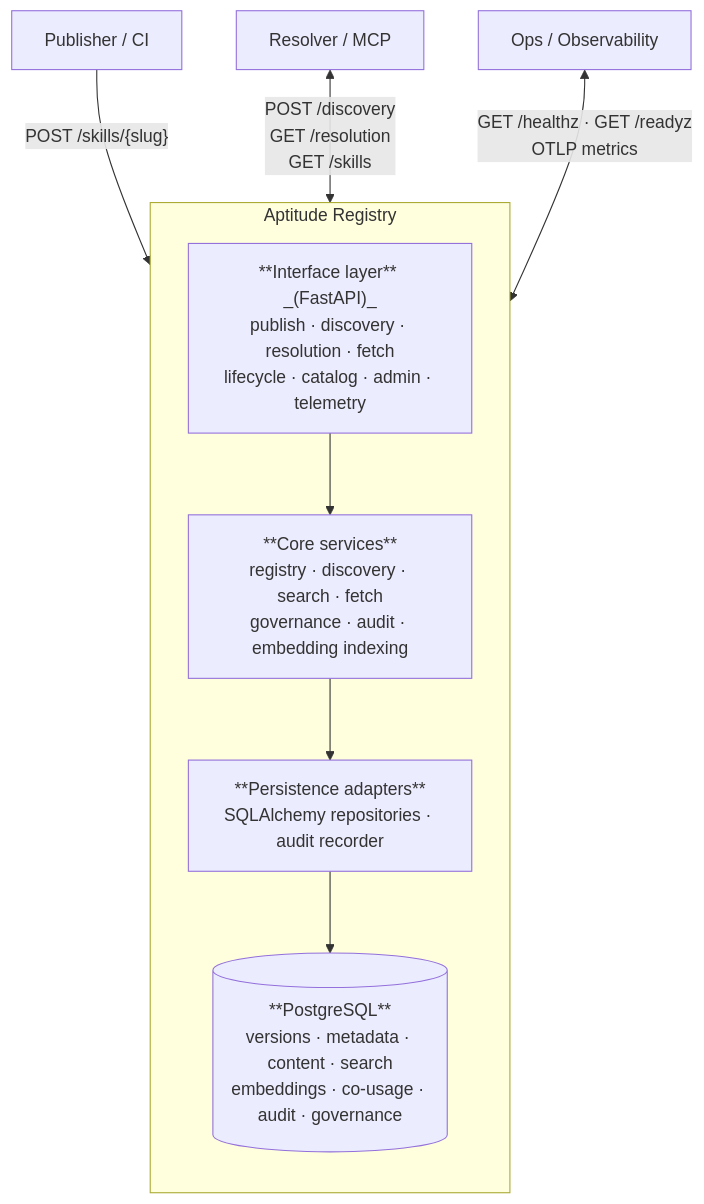
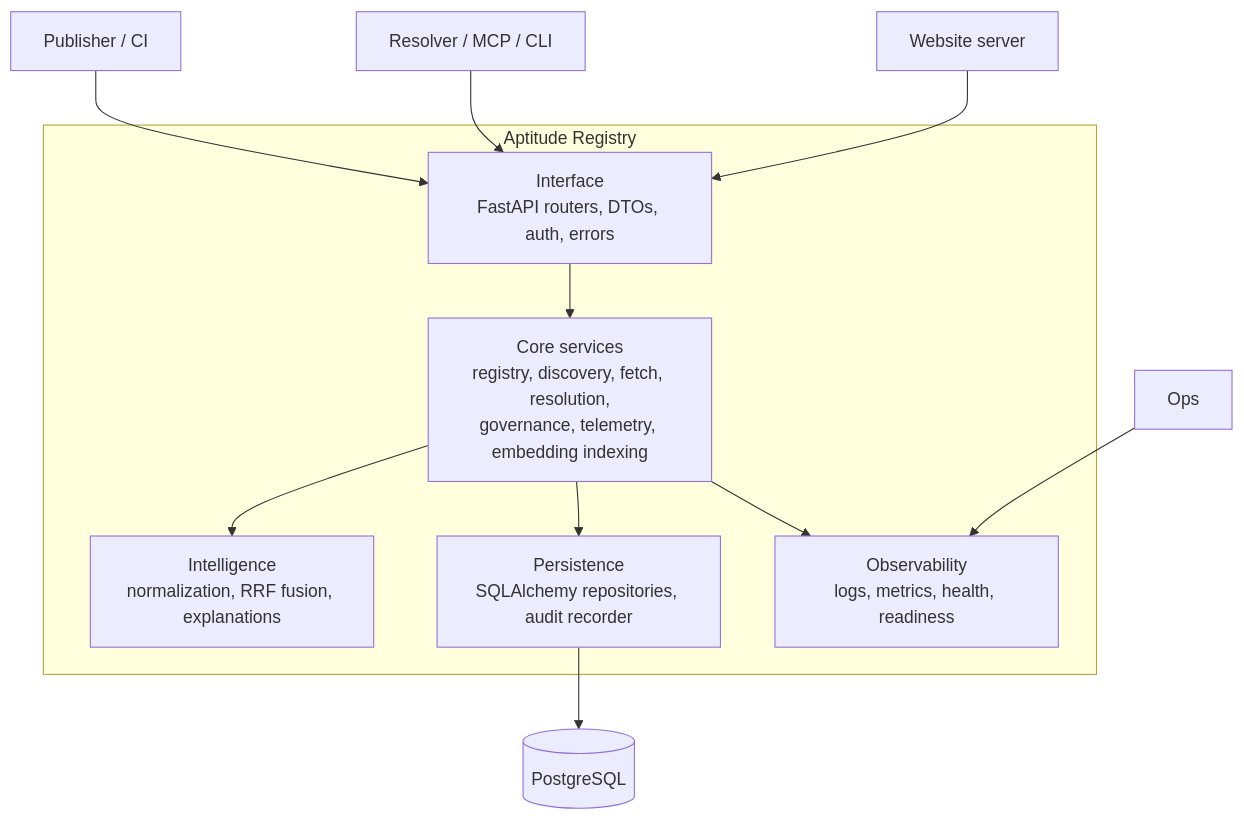
Before and after one commit to aptitude-stack/docs: the diagram in registry/architecture.md, drawn with Mermaid. The commit also changed other lines of this file and 11 other files, not shown here.

````diff
--- a/registry/architecture.md
+++ b/registry/architecture.md
@@ -9,20 +9,27 @@
 ```mermaid
 flowchart TD
-    CI["Publisher / CI"]
-    MCP["Resolver / MCP"]
-    OPS["Ops / Observability"]
+    Pub["Publisher / CI"]
+    Res["Resolver / MCP / CLI"]
+    Web["Website server"]
+    Ops["Ops"]
 
     subgraph Registry["Aptitude Registry"]
-        direction TB
-        IF["**Interface layer** _(FastAPI)_\npublish · discovery · resolution · fetch\nlifecycle · catalog · admin · telemetry"]
-        CORE["**Core services**\nregistry · discovery · search · fetch\ngovernance · audit · embedding indexing"]
-        PA["**Persistence adapters**\nSQLAlchemy repositories · audit recorder"]
-        PG[("**PostgreSQL**\nversions · metadata · content · search\nembeddings · co-usage · audit · governance")]
-
-        IF --> CORE --> PA --> PG
+        IF["Interface\nFastAPI routers, DTOs, auth, errors"]
+        Core["Core services\nregistry, discovery, fetch, resolution,\ngovernance, telemetry, embedding indexing"]
+        Intel["Intelligence\nnormalization, RRF fusion, explanations"]
+        Persist["Persistence\nSQLAlchemy repositories, audit recorder"]
+        Obs["Observability\nlogs, metrics, health, readiness"]
     end
 
-    CI -- "POST /skills/{slug}" --> IF
-    MCP <-- "POST /discovery\nGET /resolution\nGET /skills" --> IF
-    OPS <-- "GET /healthz · GET /readyz\nOTLP metrics" --> IF
+    DB[("PostgreSQL")]
+
+    Pub --> IF
+    Res --> IF
+    Web --> IF
+    Ops --> Obs
+    IF --> Core
+    Core --> Intel
+    Core --> Persist
+    Persist --> DB
+    Core --> Obs
 ```
````
